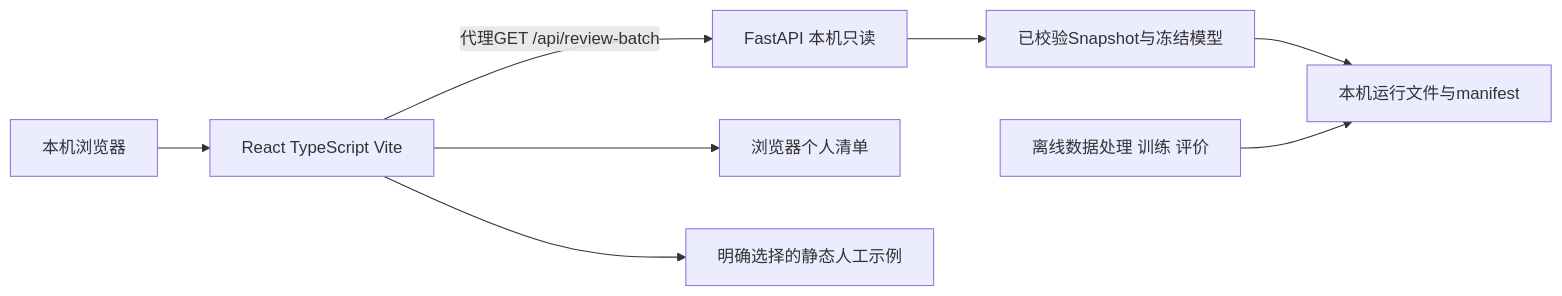
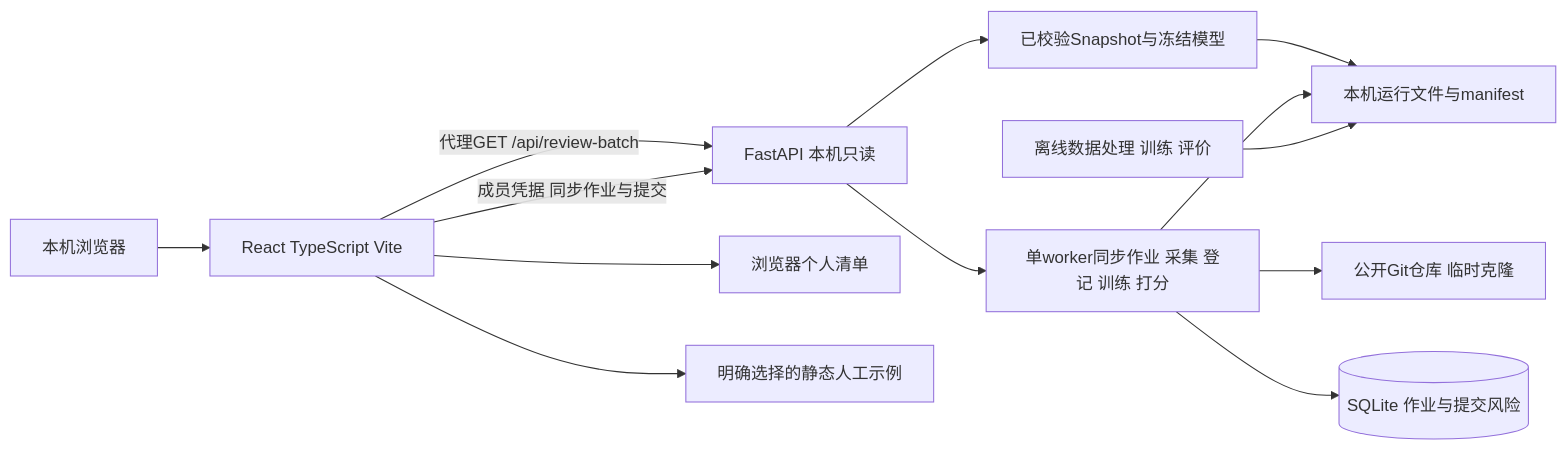
Before and after one commit to Sahier-hao/JIT: the first of 6 diagrams in docs/产品设计文档.md, drawn with Mermaid. The commit also changed other lines of this file and 68 other files, not shown here.

````diff
--- a/docs/产品设计文档.md
+++ b/docs/产品设计文档.md
@@ -61,10 +61,15 @@
 ```mermaid
 flowchart LR
     B[本机浏览器] --> UI[React TypeScript Vite]
     UI -->|代理GET /api/review-batch| API[FastAPI 本机只读]
+    UI -->|成员凭据 同步作业与提交| API
     API --> SNAP[已校验Snapshot与冻结模型]
     SNAP --> ART[本机运行文件与manifest]
+    API --> SYNC[单worker同步作业 采集 登记 训练 打分]
+    SYNC --> GIT[公开Git仓库 临时克隆]
+    SYNC --> ART
+    SYNC --> DB[(SQLite 作业与提交风险)]
     CLI[离线数据处理 训练 评价] --> ART
     UI --> LOCAL[浏览器个人清单]
     UI --> DEMO[明确选择的静态人工示例]
 ```
````
